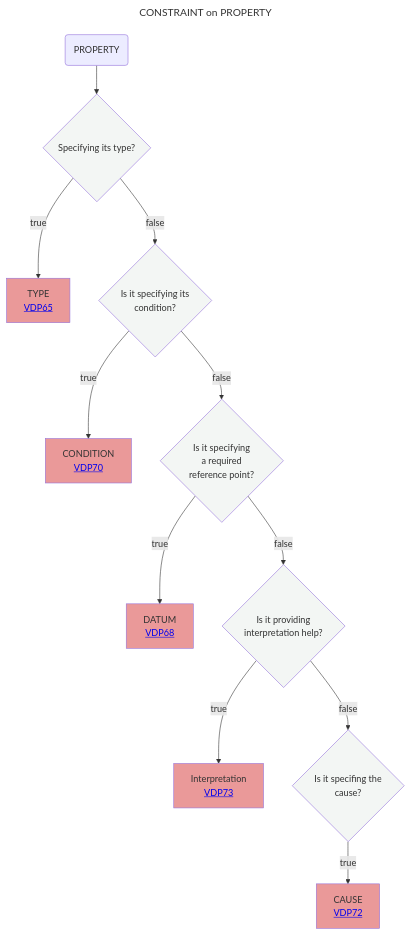
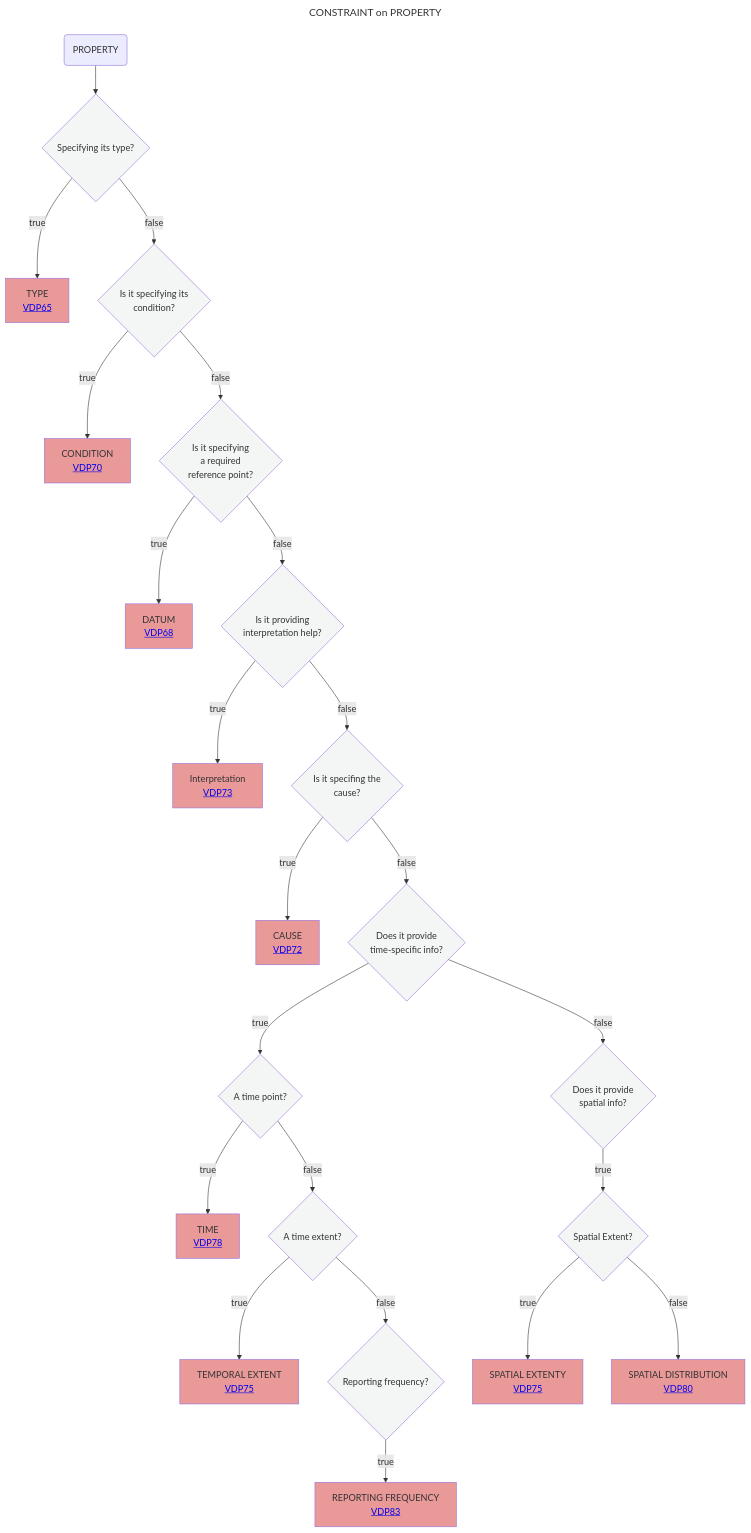
The diagram in Decisition_trees/DT9.mmd (mabablue/I-ADOPT-patterns-playground), drawn with Mermaid before and after one commit.

```diff
--- a/Decisition_trees/DT9.mmd
+++ b/Decisition_trees/DT9.mmd
@@ -1,19 +1,30 @@
 ---
 title: CONSTRAINT on PROPERTY
 ---
 flowchart TD
     A(PROPERTY)  --> B{Specifying its type?}:::white
     B --> |true|C[TYPE <br> <a href='https://github.com/mabablue/I-ADOPT-patterns-playground/blob/main/pattern/VDP65.yaml'>VDP65</a>]:::rose
     B --> |false|D{Is it specifying its <br> condition?}:::white
     D --> |true|E[CONDITION <br> <a href='https://github.com/mabablue/I-ADOPT-patterns-playground/blob/main/pattern/VDP70.yaml'>VDP70</a>]:::rose
     D --> |false|F{Is it specifying <br> a required <br> reference point?}:::white
     F --> |true|G[DATUM <br> <a href='https://github.com/mabablue/I-ADOPT-patterns-playground/blob/main/pattern/VDP68.yaml'>VDP68</a>]:::rose
     F --> |false|H{Is it providing <br> interpretation help?}:::white
     H --> |true|I[Interpretation <br> <a href='https://github.com/mabablue/I-ADOPT-patterns-playground/blob/main/pattern/VDP73.yaml'>VDP73</a>]:::rose
     H --> |false|J{Is it specifing the <br> cause?}:::white
     J --> |true|K[CAUSE<br> <a href='https://github.com/mabablue/I-ADOPT-patterns-playground/blob/main/pattern/VDP72.yaml'>VDP72</a>]:::rose
+    J --> |false|L{Does it provide <br> time-specific info?}:::white
+    L --> |true|M{A time point?}:::white
+    L --> |false|T{Does it provide <br> spatial info?}:::white
+    M --> |true|N[TIME<br> <a href='https://github.com/mabablue/I-ADOPT-patterns-playground/blob/main/pattern/VDP78.yaml'>VDP78</a>]:::rose
+    M --> |false|O{A time extent?}:::white
+    O --> |true|Q[TEMPORAL EXTENT<br> <a href='https://github.com/mabablue/I-ADOPT-patterns-playground/blob/main/pattern/VDP75.yaml'>VDP75</a>]:::rose
+    O --> |false|R{Reporting frequency?}:::white
+    R --> |true|S[REPORTING FREQUENCY<br> <a href='https://github.com/mabablue/I-ADOPT-patterns-playground/blob/main/pattern/VDP83.yaml'>VDP83</a>]:::rose
+    T --> |true|U{Spatial Extent?}:::white
+    U --> |true|V[SPATIAL EXTENTY<br> <a href='https://github.com/mabablue/I-ADOPT-patterns-playground/blob/main/pattern/VDP.75yaml'>VDP75</a>]:::rose
+    U --> |false|W[SPATIAL DISTRIBUTION<br> <a href='https://github.com/mabablue/I-ADOPT-patterns-playground/blob/main/pattern/VDP.80yaml'>VDP80</a>]:::rose
    classDef blue fill:#90D5FF
    classDef satblue fill:#57B9FF 
    classDef white fill:#f3f6f4
    classDef green fill:#6aa84f
    classDef rose fill:#ea9999
```
